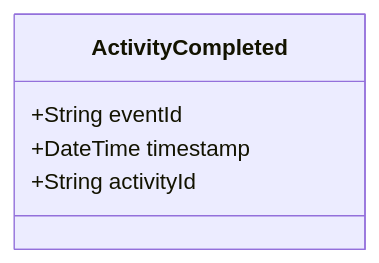
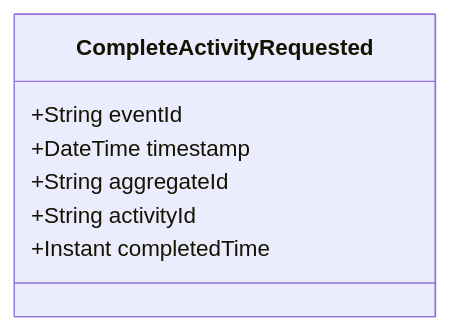
Before and after one commit to pgraff/police-system: the diagram in doc/events/ActivityCompleted.md, drawn with Mermaid. The commit also changed other lines of this file and 58 other files, not shown here.

````diff
--- a/doc/events/ActivityCompleted.md
+++ b/doc/events/ActivityCompleted.md
@@ -9,8 +9,10 @@
 ```mermaid
 classDiagram
-    class ActivityCompleted {
+    class CompleteActivityRequested {
         +String eventId
         +DateTime timestamp
+        +String aggregateId
         +String activityId
+        +Instant completedTime
     }
 ```
````
